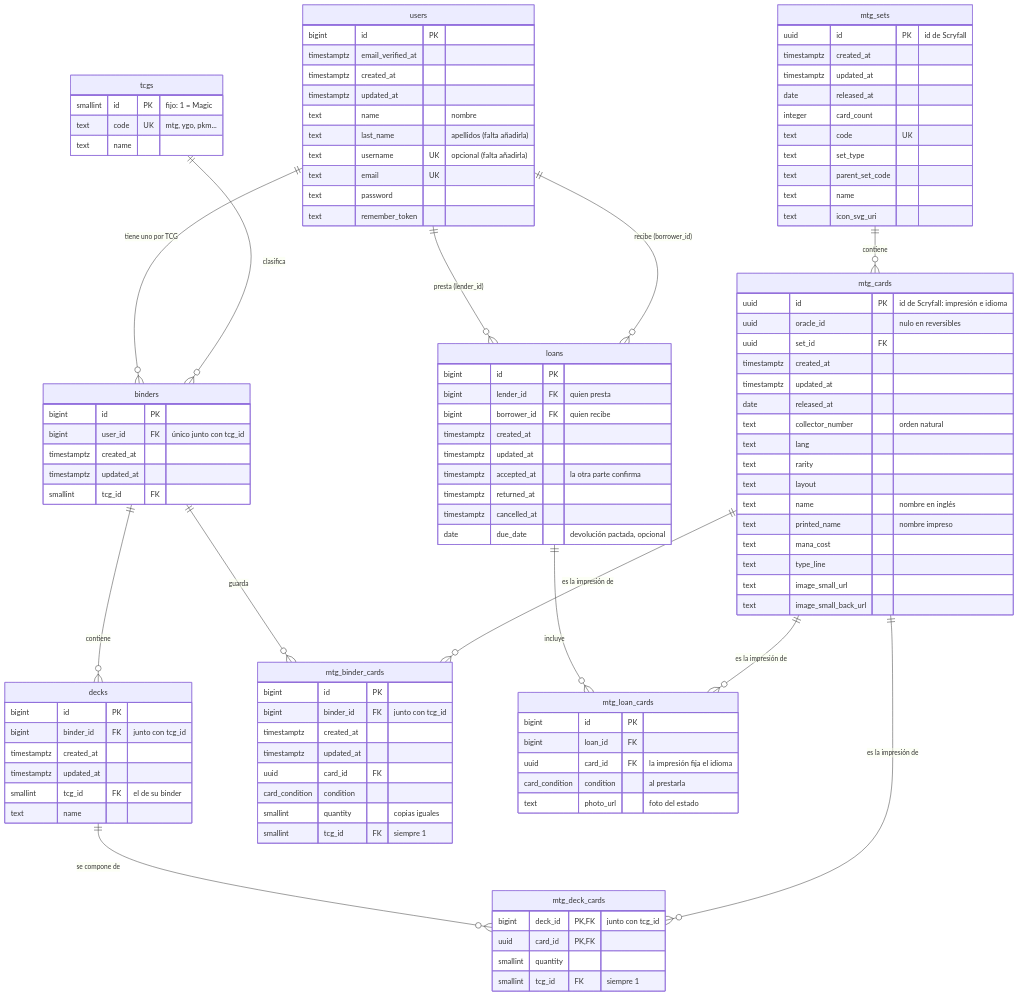
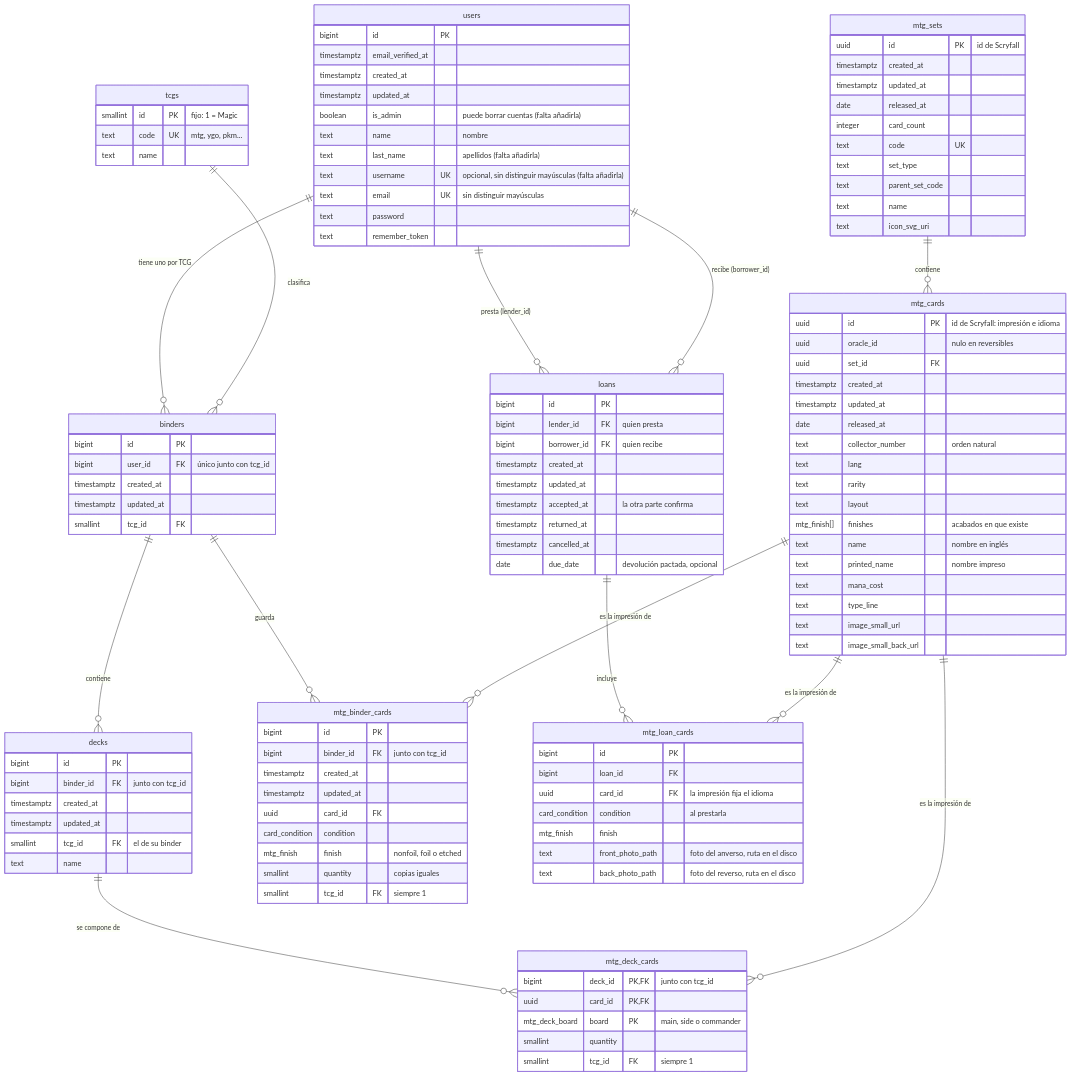
The diagram in docs/base-de-datos/diagrama-entidad-relacion.md (RafaelAybar/shared-binder), drawn with Mermaid before and after one commit. The commit also changed other lines of this file and 10 other files, not shown here.

Commit message:
FIx: Modifica  el diagrama, la ETL y la configuración de Laravel para casos no contemplados

```diff
--- a/docs/base-de-datos/diagrama-entidad-relacion.md
+++ b/docs/base-de-datos/diagrama-entidad-relacion.md
@@ -33,10 +36,11 @@
         timestamptz email_verified_at
         timestamptz created_at
         timestamptz updated_at
+        boolean is_admin "puede borrar cuentas (falta añadirla)"
         text name "nombre"
         text last_name "apellidos (falta añadirla)"
-        text username UK "opcional (falta añadirla)"
-        text email UK
+        text username UK "opcional, sin distinguir mayúsculas (falta añadirla)"
+        text email UK "sin distinguir mayúsculas"
         text password
         text remember_token
     }
@@ -83,6 +87,7 @@
         timestamptz updated_at
         uuid card_id FK
         card_condition condition
+        mtg_finish finish "nonfoil, foil o etched"
         smallint quantity "copias iguales"
         smallint tcg_id FK "siempre 1"
     }
@@ -90,6 +95,7 @@
     mtg_deck_cards {
         bigint deck_id PK, FK "junto con tcg_id"
         uuid card_id PK, FK
+        mtg_deck_board board PK "main, side o commander"
         smallint quantity
         smallint tcg_id FK "siempre 1"
     }
@@ -99,7 +105,9 @@
         bigint loan_id FK
         uuid card_id FK "la impresión fija el idioma"
         card_condition condition "al prestarla"
-        text photo_url "foto del estado"
+        mtg_finish finish
+        text front_photo_path "foto del anverso, ruta en el disco"
+        text back_photo_path "foto del reverso, ruta en el disco"
     }
 
     mtg_sets {
@@ -126,6 +134,7 @@
         text lang
         text rarity
         text layout
+        mtg_finish[] finishes "acabados en que existe"
         text name "nombre en inglés"
         text printed_name "nombre impreso"
         text mana_cost
```
